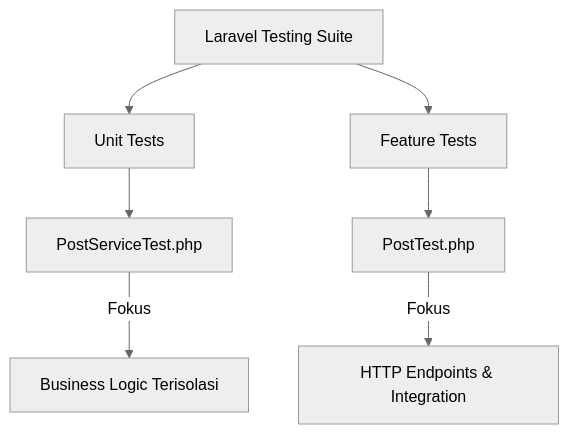
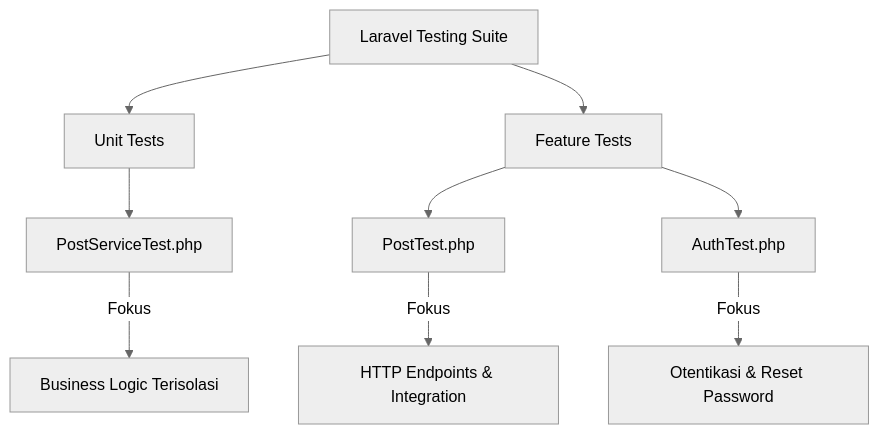
Before and after one commit to Ryunoo09/Laravel-API-Kuliah: the diagram in TESTING.md, drawn with Mermaid (neutral theme). The commit also changed other lines of this file and 1 other file, not shown here.

Commit message:
ADD Auth Testing

````diff
--- a/TESTING.md
+++ b/TESTING.md
@@ -22,9 +22,11 @@
 ```mermaid
 graph TD
     A[Laravel Testing Suite] --> B[Unit Tests]
     A --> C[Feature Tests]
     B --> B1[PostServiceTest.php]
     B1 -->|Fokus| B2[Business Logic Terisolasi]
     C --> C1[PostTest.php]
     C1 -->|Fokus| C2[HTTP Endpoints & Integration]
+    C --> C3[AuthTest.php]
+    C3 -->|Fokus| C4[Otentikasi & Reset Password]
 ```
````
